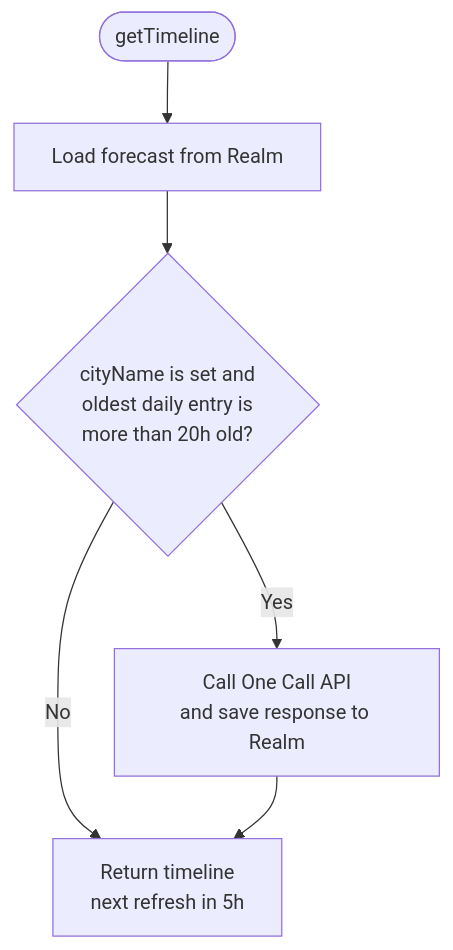
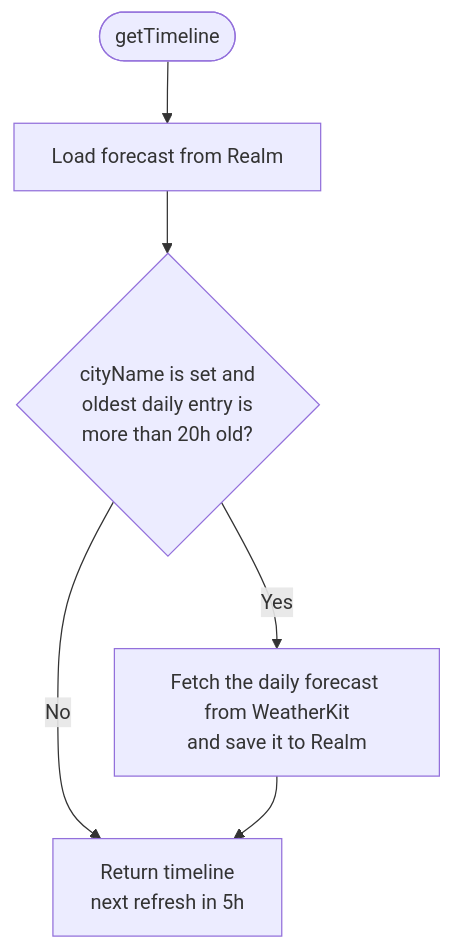
One commit to naipaka/NextSunnyDay-iOS changed the third of 3 diagrams in docs/architecture/weather-fetch-flow.md. Above: the diagram before and after it, drawn with Mermaid. The commit also changed other lines of this file and 26 other files, not shown here.

First line of the commit message:
Migrate weather data to WeatherKit

````diff
--- a/docs/architecture/weather-fetch-flow.md
+++ b/docs/architecture/weather-fetch-flow.md
@@ -43,8 +45,8 @@
 ```mermaid
 flowchart TD
     A([getTimeline]) --> B[Load forecast from Realm]
     B --> C{cityName is set and<br/>oldest daily entry is<br/>more than 20h old?}
     C -- No --> E[Return timeline<br/>next refresh in 5h]
-    C -- Yes --> D[Call One Call API<br/>and save response to Realm]
+    C -- Yes --> D[Fetch the daily forecast from WeatherKit<br/>and save it to Realm]
     D --> E
 ```
````
